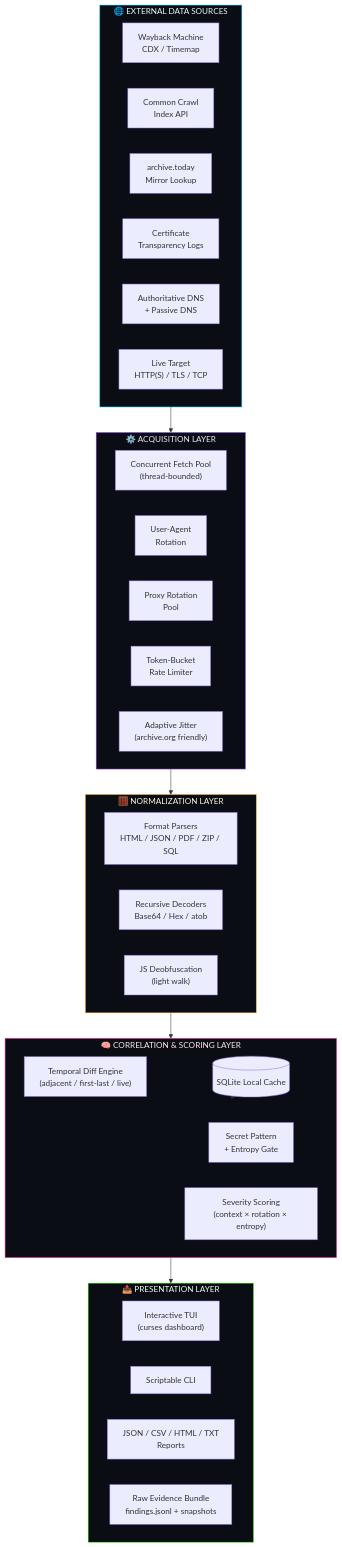
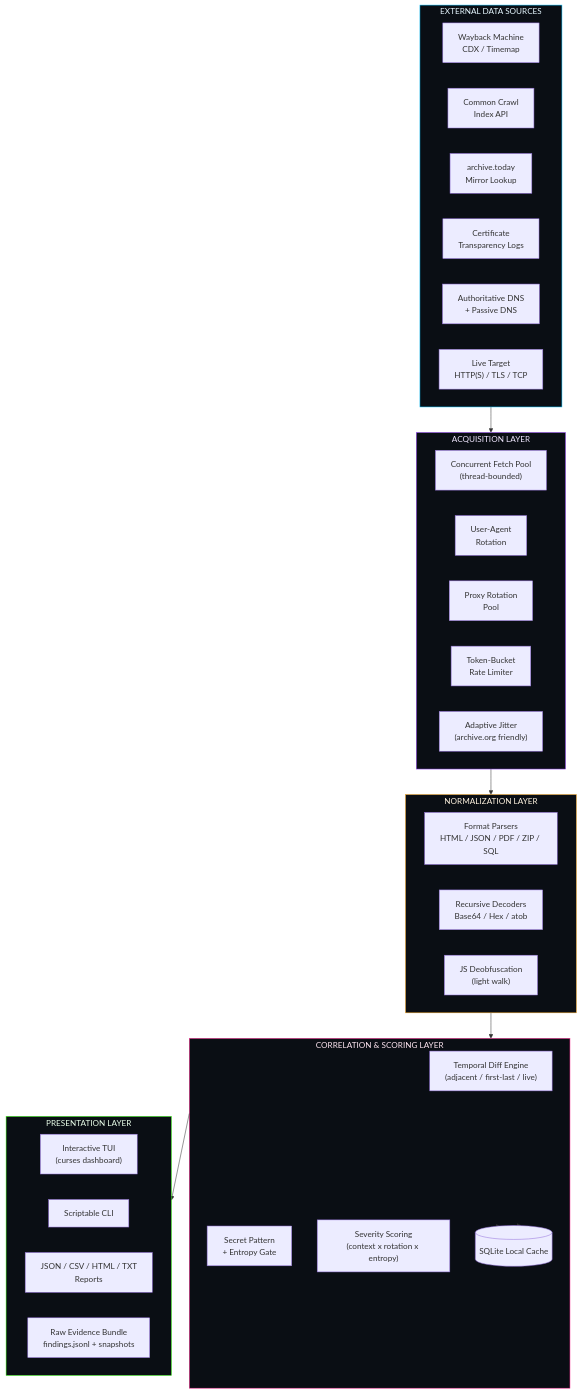
Before and after one commit to sylhetyhackvenger/STRATASCAN: the first of 21 diagrams in README.md, drawn with Mermaid. The commit also changed other lines of this file, not shown here.

````diff
--- a/README.md
+++ b/README.md
@@ -154,57 +154,52 @@
 ```mermaid
 flowchart TB
-    subgraph SOURCES["🌐 EXTERNAL DATA SOURCES"]
-        direction LR
-        WB["Wayback Machine\nCDX / Timemap"]
-        CC["Common Crawl\nIndex API"]
-        AT["archive.today\nMirror Lookup"]
-        CT["Certificate\nTransparency Logs"]
-        DNS_S["Authoritative DNS\n+ Passive DNS"]
-        LIVE["Live Target\nHTTP(S) / TLS / TCP"]
+    subgraph SOURCES["EXTERNAL DATA SOURCES"]
+        WB["Wayback Machine<br/>CDX / Timemap"]
+        CC["Common Crawl<br/>Index API"]
+        AT["archive.today<br/>Mirror Lookup"]
+        CT["Certificate<br/>Transparency Logs"]
+        DNSS["Authoritative DNS<br/>+ Passive DNS"]
+        LIVE["Live Target<br/>HTTP(S) / TLS / TCP"]
     end
 
-    subgraph ACQ["⚙️ ACQUISITION LAYER"]
-        direction LR
-        FETCH["Concurrent Fetch Pool\n(thread-bounded)"]
-        UA["User-Agent\nRotation"]
-        PROXY["Proxy Rotation\nPool"]
-        RATE["Token-Bucket\nRate Limiter"]
-        JITTER["Adaptive Jitter\n(archive.org friendly)"]
+    subgraph ACQ["ACQUISITION LAYER"]
+        FETCH["Concurrent Fetch Pool<br/>(thread-bounded)"]
+        UA["User-Agent<br/>Rotation"]
+        PROXY["Proxy Rotation<br/>Pool"]
+        RATE["Token-Bucket<br/>Rate Limiter"]
+        JITTER["Adaptive Jitter<br/>(archive.org friendly)"]
     end
 
-    subgraph NORM["🧮 NORMALIZATION LAYER"]
-        direction LR
-        PARSE["Format Parsers\nHTML / JSON / PDF / ZIP / SQL"]
-        DECODE["Recursive Decoders\nBase64 / Hex / atob"]
-        DEOB["JS Deobfuscation\n(light walk)"]
+    subgraph NORM["NORMALIZATION LAYER"]
+        PARSE["Format Parsers<br/>HTML / JSON / PDF / ZIP / SQL"]
+        DECODE["Recursive Decoders<br/>Base64 / Hex / atob"]
+        DEOB["JS Deobfuscation<br/>(light walk)"]
     end
 
-    subgraph CORR["🧠 CORRELATION & SCORING LAYER"]
-        direction LR
-        DIFF["Temporal Diff Engine\n(adjacent / first-last / live)"]
-        SECSCAN["Secret Pattern\n+ Entropy Gate"]
-        SCORE["Severity Scoring\n(context × rotation × entropy)"]
+    subgraph CORR["CORRELATION & SCORING LAYER"]
+        DIFF["Temporal Diff Engine<br/>(adjacent / first-last / live)"]
+        SECSCAN["Secret Pattern<br/>+ Entropy Gate"]
+        SCORE["Severity Scoring<br/>(context x rotation x entropy)"]
         CACHE[("SQLite Local Cache")]
     end
 
-    subgraph OUT["📤 PRESENTATION LAYER"]
-        direction LR
-        TUI["Interactive TUI\n(curses dashboard)"]
+    subgraph OUT["PRESENTATION LAYER"]
+        TUI["Interactive TUI<br/>(curses dashboard)"]
         CLI["Scriptable CLI"]
-        REPORTS["JSON / CSV / HTML / TXT\nReports"]
-        RAW["Raw Evidence Bundle\nfindings.jsonl + snapshots"]
+        REPORTS["JSON / CSV / HTML / TXT<br/>Reports"]
+        RAW["Raw Evidence Bundle<br/>findings.jsonl + snapshots"]
     end
 
     SOURCES --> ACQ
     ACQ --> NORM
     NORM --> CORR
     CORR --> CACHE
     CACHE --> CORR
     CORR --> OUT
 
     style SOURCES fill:#0a0e14,stroke:#00c2ff,color:#e6f7ff
     style ACQ fill:#0a0e14,stroke:#9d4dff,color:#f0e6ff
     style NORM fill:#0a0e14,stroke:#f5a623,color:#fff3e0
     style CORR fill:#0a0e14,stroke:#ff2d95,color:#ffe6f2
     style OUT fill:#0a0e14,stroke:#39ff14,color:#eaffea
 ```
````
